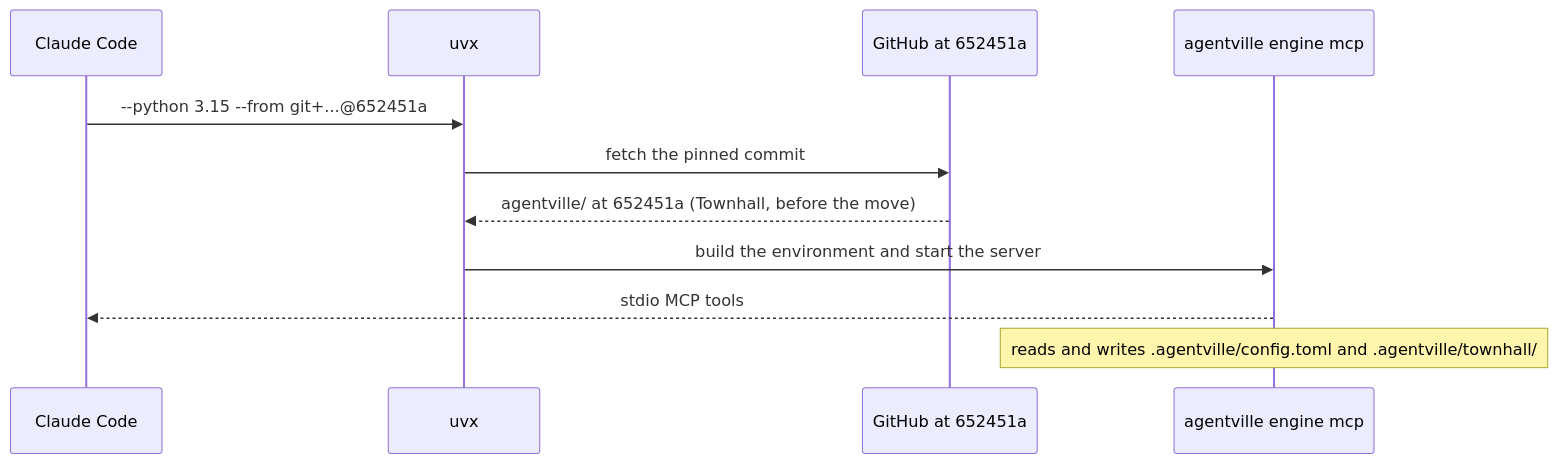
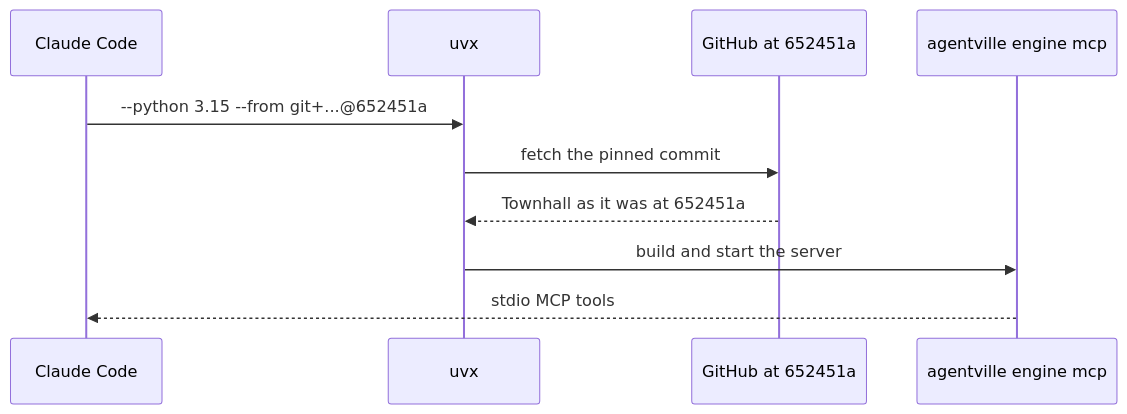
Before and after one commit to minhphamdonhat/Agentville: the second of 2 diagrams in .agentville/pr/20/architecture.md, drawn with Mermaid. The commit also changed other lines of this file and 5 other files, not shown here.

Commit message:
docs(pr): describe the agentville/townhall layout in PR #20

````diff
--- a/.agentville/pr/20/architecture.md
+++ b/.agentville/pr/20/architecture.md
@@ -31,15 +26,14 @@
 ```mermaid
 sequenceDiagram
   accTitle: MCP server launch sequence
-  accDescr: Claude Code calls uvx with Python 3.15 and the git source pinned at 652451a with subdirectory agentville. uvx fetches that commit from GitHub, builds the environment and starts agentville engine mcp, which serves its tools to Claude Code over stdio and reads and writes the Townhall files in the project.
+  accDescr: Claude Code calls uvx with Python 3.15 and the git source pinned at 652451a with subdirectory agentville. uvx fetches that commit, builds it and starts agentville engine mcp, which serves its tools over stdio.
   participant CC as Claude Code
   participant UVX as uvx
   participant GH as GitHub at 652451a
   participant S as agentville engine mcp
   CC->>UVX: --python 3.15 --from git+...@652451a#subdirectory=agentville
   UVX->>GH: fetch the pinned commit
-  GH-->>UVX: agentville/ at 652451a (Townhall, before the move)
-  UVX->>S: build the environment and start the server
+  GH-->>UVX: Townhall as it was at 652451a
+  UVX->>S: build and start the server
   S-->>CC: stdio MCP tools
-  Note over S: reads and writes .agentville/config.toml and .agentville/townhall/
 ```
````
